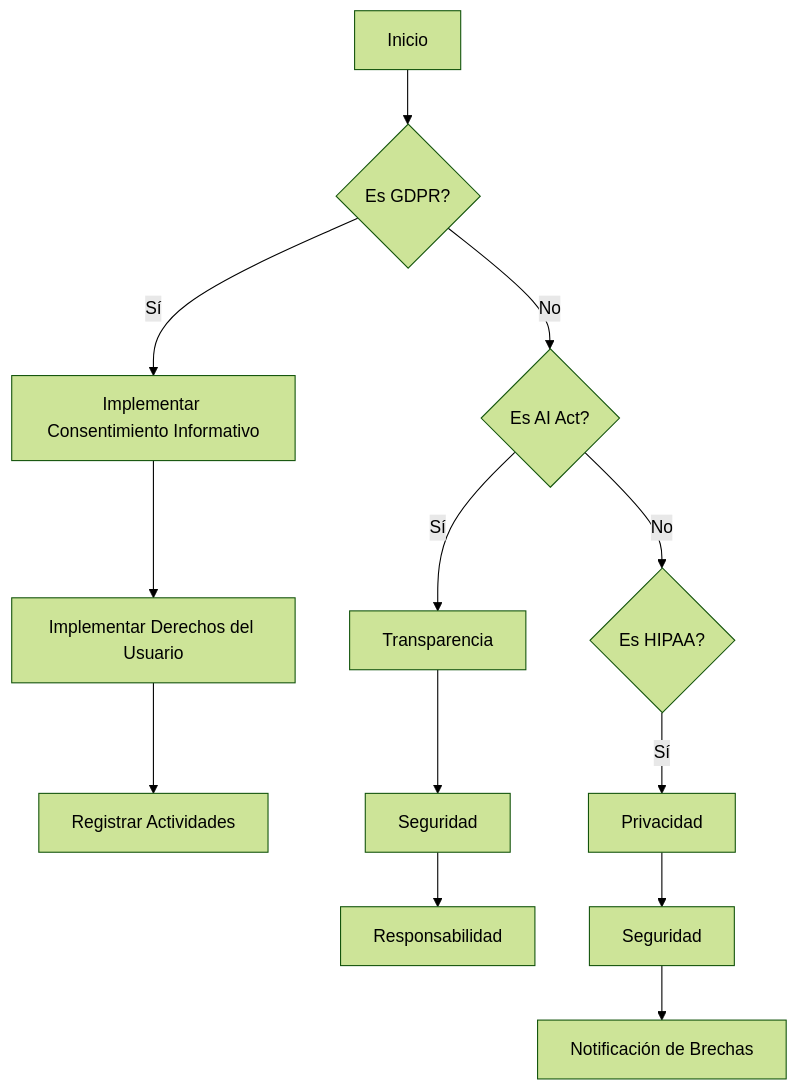
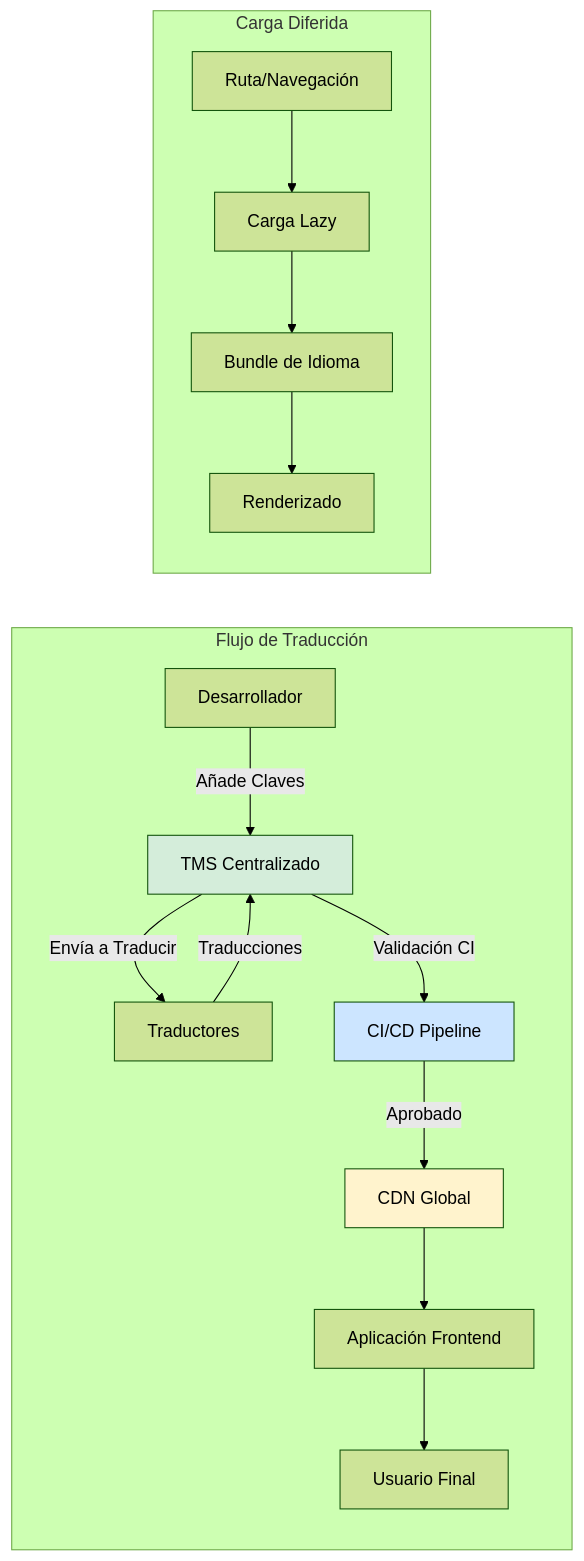
The second of 3 diagrams in 09_Frontend_Mobile/std_frontend:_internacionalización_(i18n)_con_soporte_multi-idioma_20260329_1514.md (Joaquinriosheredia/DAM-Java-Mastery), drawn with Mermaid (forest theme) before and after one commit. The commit also changed other lines of this file, not shown here.

Commit message:
std_frontend:_internacionalización_(i18n)_con_soporte_multi-idioma_20260329_1514.md

````diff
--- a/09_Frontend_Mobile/std_frontend:_internacionalización_(i18n)_con_soporte_multi-idioma_20260329_1514.md
+++ b/09_Frontend_Mobile/std_frontend:_internacionalización_(i18n)_con_soporte_multi-idioma_20260329_1514.md
@@ -913,15 +153,22 @@
 ```mermaid
-flowchart TD
-    A[Inicio] --> B{Es GDPR?}
-    B -->|Sí| C[Implementar Consentimiento Informativo]
-    C --> D[Implementar Derechos del Usuario]
-    D --> E[Registrar Actividades]
-    B -->|No| F{Es AI Act?}
-    F -->|Sí| G[Transparencia]
-    G --> H[Seguridad]
-    H --> I[Responsabilidad]
-    F -->|No| J{Es HIPAA?}
-    J -->|Sí| K[Privacidad]
-    K --> L[Seguridad]
-    L --> M[Notificación de Brechas]
+graph LR
+    subgraph "Flujo de Traducción"
+        DEV[Desarrollador] -->|Añade Claves| TMS[TMS Centralizado]
+        TMS -->|Envía a Traducir| TRANS[Traductores]
+        TRANS -->|Traducciones| TMS
+        TMS -->|Validación CI| CI[CI/CD Pipeline]
+        CI -->|Aprobado| CDN[CDN Global]
+        CDN --> APP[Aplicación Frontend]
+        APP --> USER[Usuario Final]
+    end
+    
+    subgraph "Carga Diferida"
+        ROUTE[Ruta/Navegación] --> LAZY[Carga Lazy]
+        LAZY --> BUNDLE[Bundle de Idioma]
+        BUNDLE --> RENDER[Renderizado]
+    end
+    
+    style TMS fill:#d4edda
+    style CI fill:#cce5ff
+    style CDN fill:#fff3cd
 ```
````
